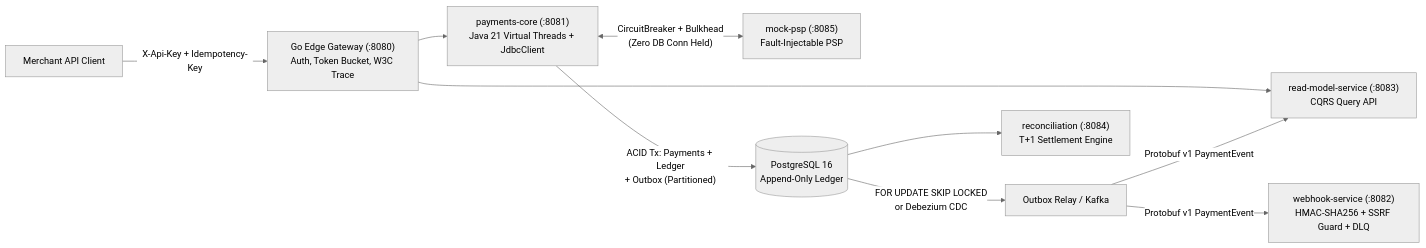
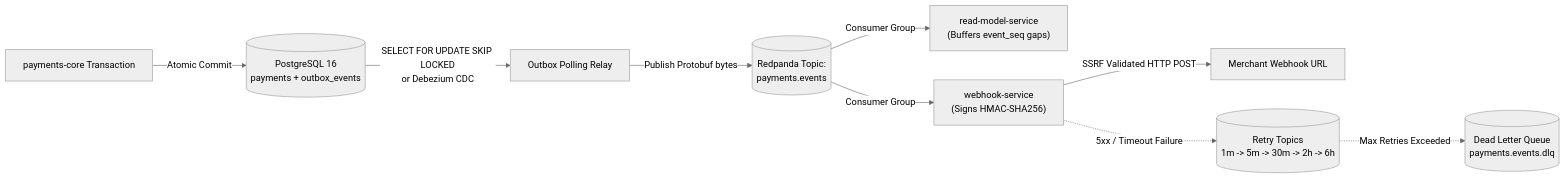
One commit to Juixe7/Paycore-Ledger changed the third of 3 diagrams in README.md. Above: the diagram before and after it, drawn with Mermaid (neutral theme). The commit also changed other lines of this file and 4 other files, not shown here.

````diff
--- a/README.md
+++ b/README.md
@@ -15,14 +526,11 @@
 ```mermaid
 flowchart LR
-    Client["Merchant API Client"] -->|"X-Api-Key + Idempotency-Key"| Gateway["Go Edge Gateway (:8080)<br/>Auth, Token Bucket, W3C Trace"]
-    Gateway --> PaymentsCore["payments-core (:8081)<br/>Java 21 Virtual Threads + JdbcClient"]
-    Gateway --> ReadModelAPI["read-model-service (:8083)<br/>CQRS Query API"]
-
-    PaymentsCore <-->|"CircuitBreaker + Bulkhead<br/>(Zero DB Conn Held)"| MockPSP["mock-psp (:8085)<br/>Fault-Injectable PSP"]
-    PaymentsCore -->|"ACID Tx: Payments + Ledger<br/>+ Outbox (Partitioned)"| PG[("PostgreSQL 16<br/>Append-Only Ledger")]
-
-    PG -->|"FOR UPDATE SKIP LOCKED<br/>or Debezium CDC"| OutboxRelay["Outbox Relay / Kafka"]
-    OutboxRelay -->|"Protobuf v1 PaymentEvent"| ReadModelAPI
-    OutboxRelay -->|"Protobuf v1 PaymentEvent"| WebhookSvc["webhook-service (:8082)<br/>HMAC-SHA256 + SSRF Guard + DLQ"]
-    PG --> ReconSvc["reconciliation (:8084)<br/>T+1 Settlement Engine"]
+    App["payments-core Transaction"] -->|"Atomic Commit"| Tables[("PostgreSQL 16<br/>payments + outbox_events")]
+    Tables -->|"SELECT FOR UPDATE SKIP LOCKED<br/>or Debezium CDC"| Relay["Outbox Polling Relay"]
+    Relay -->|"Publish Protobuf bytes"| Kafka[("Redpanda Topic:<br/>payments.events")]
+    Kafka -->|"Consumer Group"| ReadModel["read-model-service<br/>(Buffers event_seq gaps)"]
+    Kafka -->|"Consumer Group"| WebhookSvc["webhook-service<br/>(Signs HMAC-SHA256)"]
+    WebhookSvc -->|"SSRF Validated HTTP POST"| MerchantWebhook["Merchant Webhook URL"]
+    WebhookSvc -.->|"5xx / Timeout Failure"| RetryTopic[("Retry Topics<br/>1m -> 5m -> 30m -> 2h -> 6h")]
+    RetryTopic -.->|"Max Retries Exceeded"| DLQ[("Dead Letter Queue<br/>payments.events.dlq")]
 ```
````
